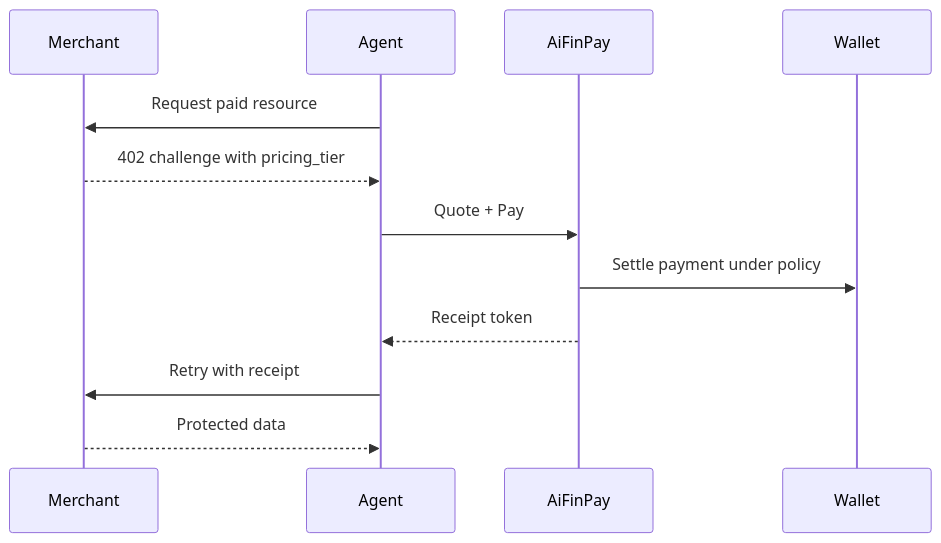
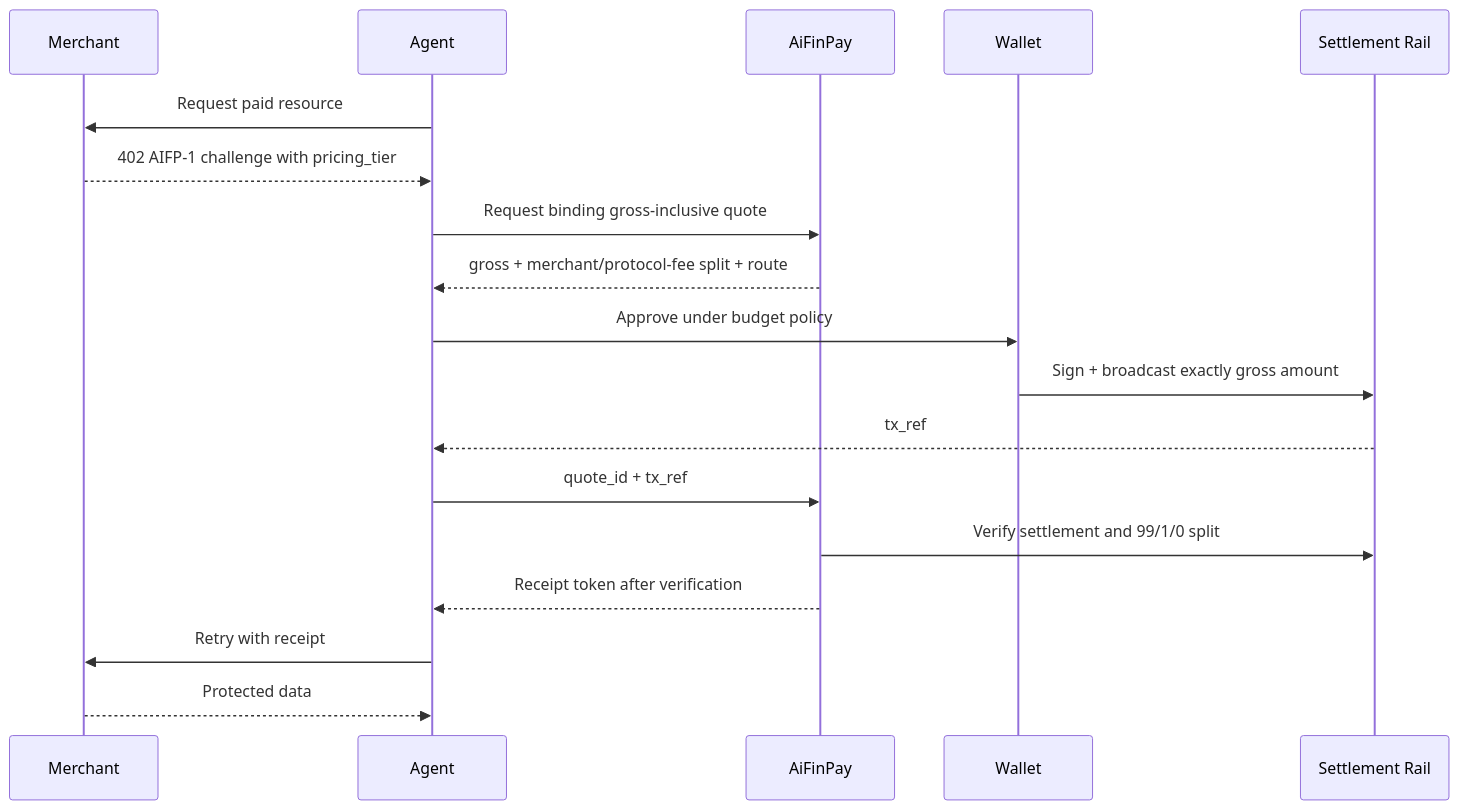
Before and after one commit to AiFinPay/AIFP-1: the diagram in examples/README.md, drawn with Mermaid. The commit also changed other lines of this file and 34 other files, not shown here.

First line of the commit message:
AIFP-1: make gross-inclusive 99/1 economics normative

````diff
--- a/examples/README.md
+++ b/examples/README.md
@@ -18,14 +18,20 @@
 ```mermaid
 sequenceDiagram
     participant Merchant
     participant Agent
     participant AiFinPay
     participant Wallet
+    participant Rail as Settlement Rail
     Agent->>Merchant: Request paid resource
-    Merchant-->>Agent: 402 challenge with pricing_tier
-    Agent->>AiFinPay: Quote + Pay
-    AiFinPay->>Wallet: Settle payment under policy
-    AiFinPay-->>Agent: Receipt token
+    Merchant-->>Agent: 402 AIFP-1 challenge with pricing_tier
+    Agent->>AiFinPay: Request binding gross-inclusive quote
+    AiFinPay-->>Agent: gross + merchant/protocol-fee split + route
+    Agent->>Wallet: Approve under budget policy
+    Wallet->>Rail: Sign + broadcast exactly gross amount
+    Rail-->>Agent: tx_ref
+    Agent->>AiFinPay: quote_id + tx_ref
+    AiFinPay->>Rail: Verify settlement and 99/1/0 split
+    AiFinPay-->>Agent: Receipt token after verification
     Agent->>Merchant: Retry with receipt
     Merchant-->>Agent: Protected data
 ```
````
